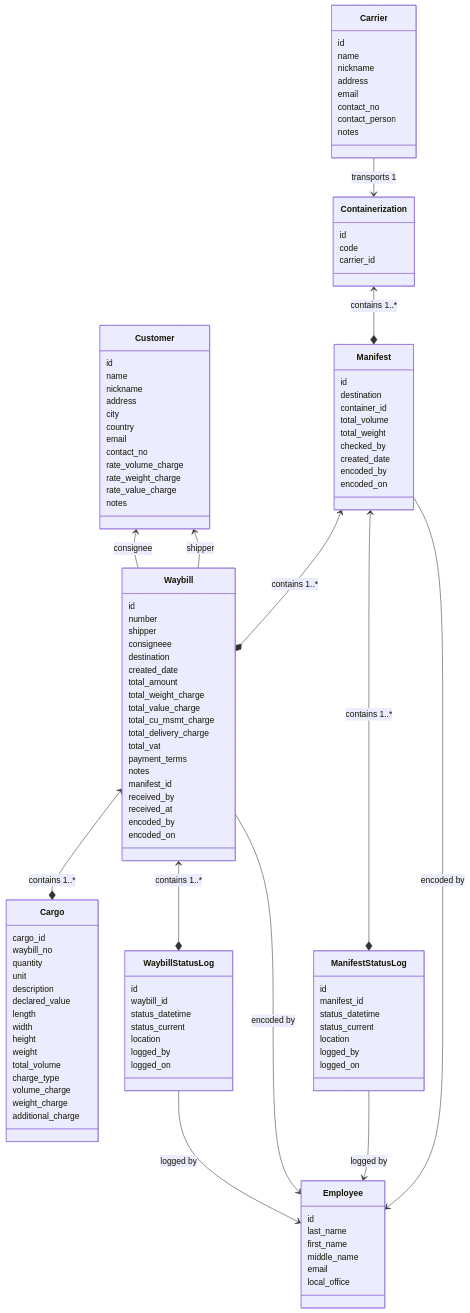
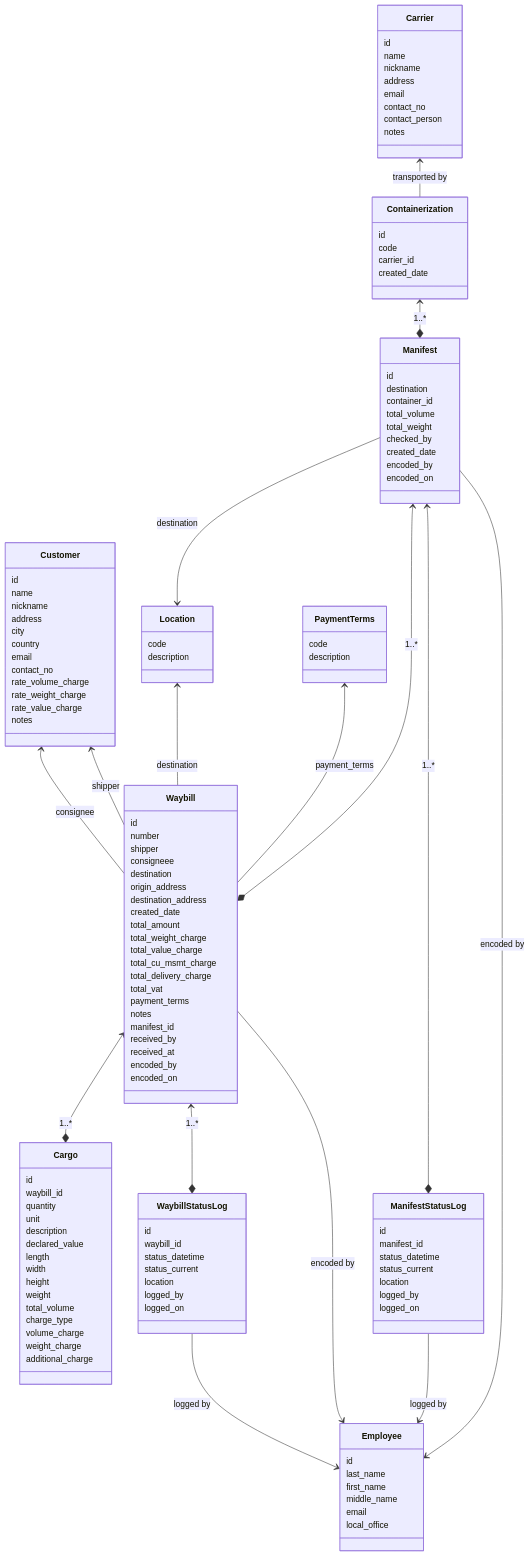
Before and after one commit to marteyhaw/ideal-train: the diagram in docs/MODELS.md, drawn with Mermaid. The commit also changed other lines of this file, not shown here.

Commit message:
chore: created new model for Location and Payment Terms; updated Waybill model and Entity Diagram

````diff
--- a/docs/MODELS.md
+++ b/docs/MODELS.md
@@ -19,8 +21,8 @@
 ```mermaid
 classDiagram
 class Cargo{
-  cargo_id
-  waybill_no
+  id
+  waybill_id
   quantity
   unit
   description
@@ -49,6 +51,7 @@
   id
   code
   carrier_id
+  created_date
 }
 class Customer{
   id
@@ -72,6 +75,10 @@
   email
   local_office
 }
+class Location{
+  code
+  description
+}
 class Manifest{
   id
   destination
@@ -92,12 +99,18 @@
   logged_by
   logged_on
 }
+class PaymentTerms{
+  code
+  description
+}
 class Waybill{
   id
   number
   shipper
   consigneee
   destination
+  origin_address
+  destination_address
   created_date
   total_amount
   total_weight_charge
@@ -126,12 +139,15 @@
 Manifest --> Employee : encoded by
 WaybillStatusLog --> Employee : logged by
 ManifestStatusLog --> Employee : logged by
-Carrier --> Containerization : transports 1
-Containerization <--* Manifest : contains 1..*
-Manifest <--* ManifestStatusLog : contains 1..*
-Manifest <--* Waybill : contains 1..*
-Waybill <--* WaybillStatusLog : contains 1..*
-Waybill <--* Cargo : contains 1..*
+Carrier <-- Containerization : transported by
+Containerization <--* Manifest : 1..*
+Manifest <--* ManifestStatusLog : 1..*
+Manifest <--* Waybill : 1..*
+Waybill <--* WaybillStatusLog : 1..*
+Waybill <--* Cargo : 1..*
 Customer <-- Waybill : shipper
 Customer <-- Waybill : consignee
+Location <-- Waybill : destination
+PaymentTerms <-- Waybill : payment_terms
+Manifest --> Location : destination
 ```
````
